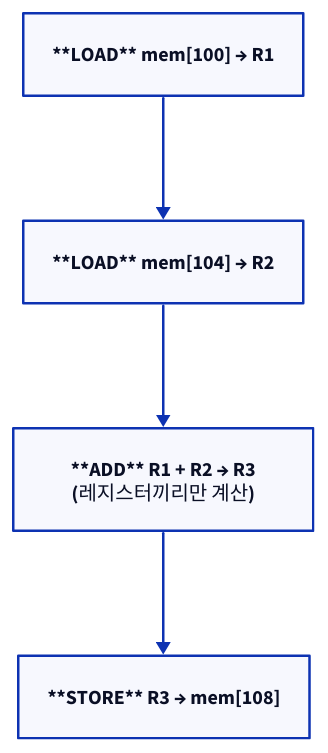
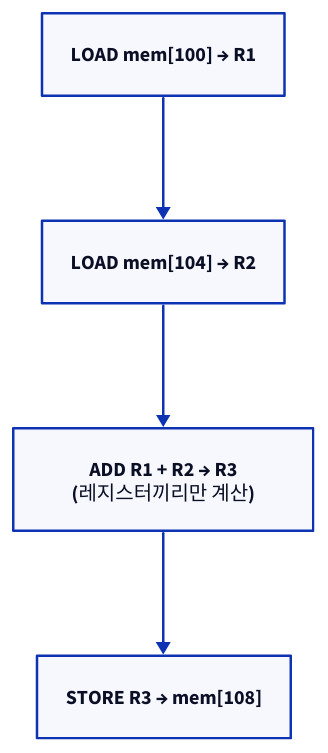
One commit to humbleowl39/DV_SKOOL changed the third of 3 diagrams in starlight_site/src/content/docs/computer_architecture/02_memory_and_registers.md. Above: the diagram before and after it, drawn with D2. The commit also changed other lines of this file and 714 other files, not shown here.

First line of the commit message:
fix(site): d2 다이어그램 가독성 결함 6종 일괄 수정

````diff
--- a/starlight_site/src/content/docs/computer_architecture/02_memory_and_registers.md
+++ b/starlight_site/src/content/docs/computer_architecture/02_memory_and_registers.md
@@ -78,10 +78,10 @@
 ```d2
 direction: down
 
-L1: "**LOAD** mem[100] → R1"
-L2: "**LOAD** mem[104] → R2"
-ADD: "**ADD** R1 + R2 → R3\n(레지스터끼리만 계산)"
-ST: "**STORE** R3 → mem[108]"
+L1: "LOAD mem[100] → R1"
+L2: "LOAD mem[104] → R2"
+ADD: "ADD R1 + R2 → R3\n(레지스터끼리만 계산)"
+ST: "STORE R3 → mem[108]"
 
 L1 -> L2 -> ADD -> ST
 ```
````
